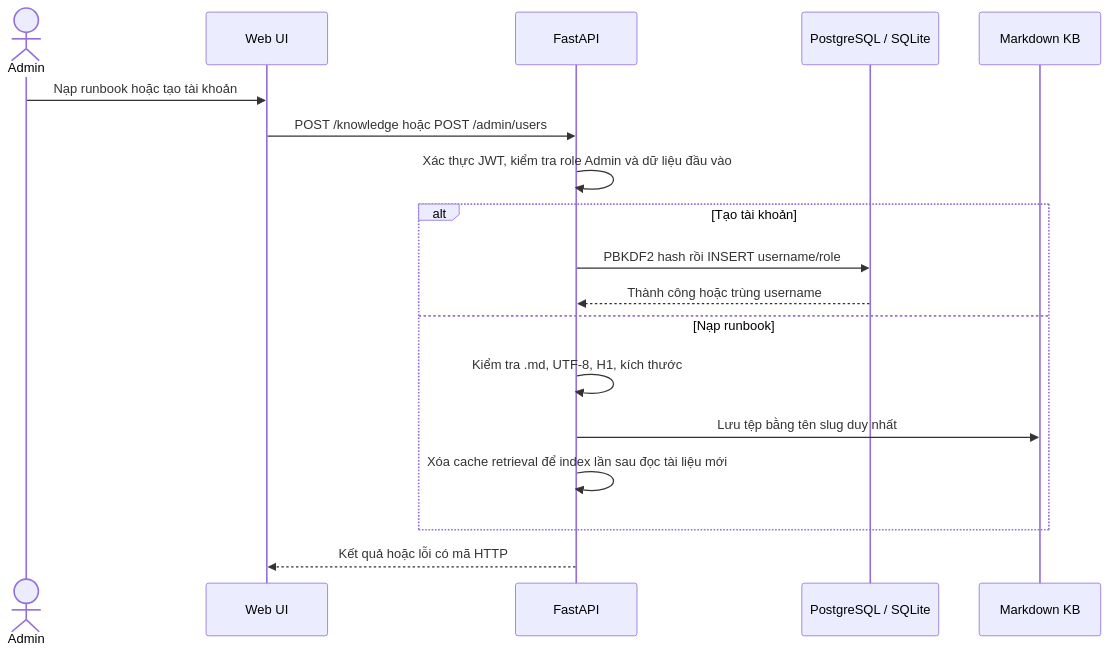
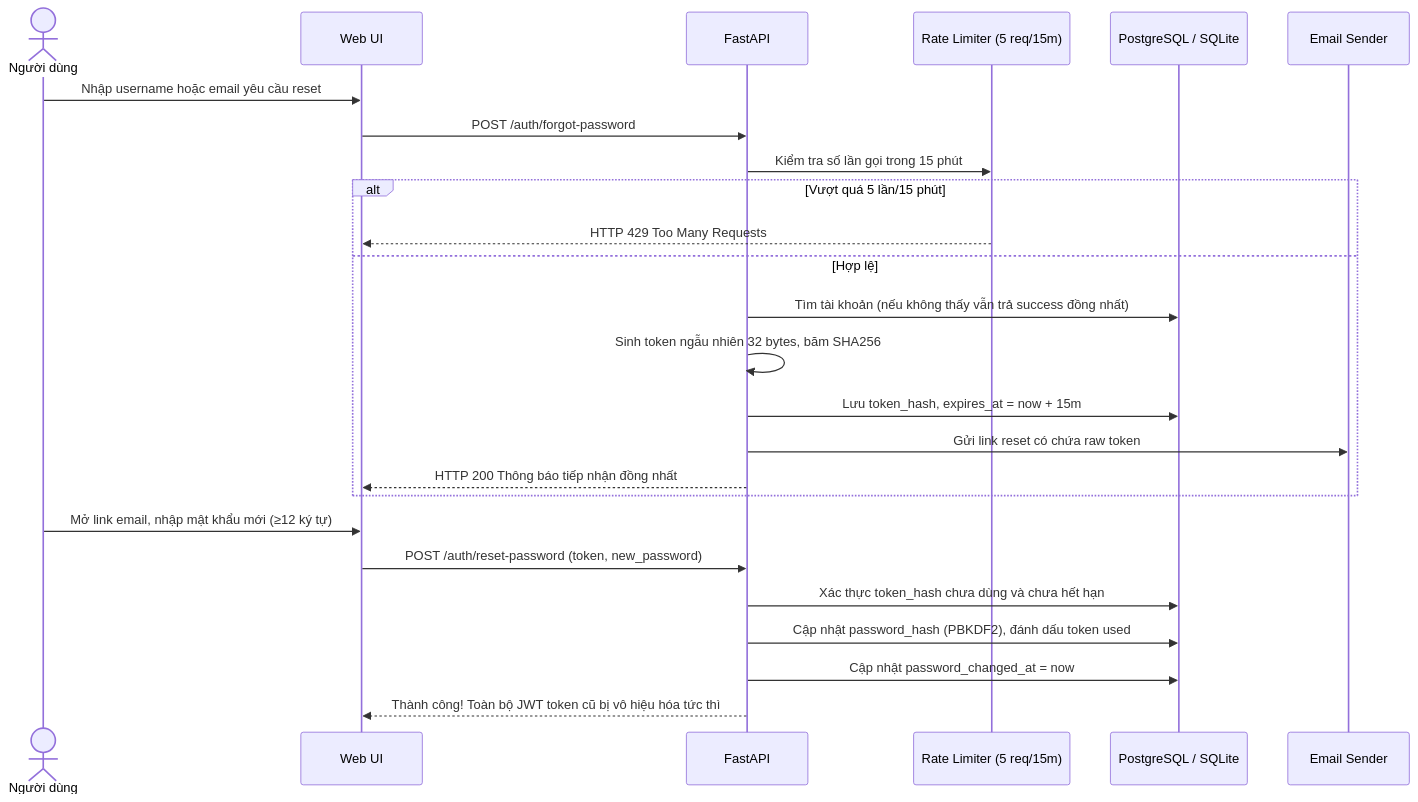
One commit to thinhsp-203/OpsMind-Helpdesk changed the seventh of 10 diagrams in docs/SDD.md. Above: the diagram before and after it, drawn with Mermaid. The commit also changed other lines of this file and 2 other files, not shown here.

Commit message:
docs: chuan hoa dac ta yeu cau srs sdd va ma tran truy vet tu nguoi dung den admin

````diff
--- a/docs/SDD.md
+++ b/docs/SDD.md
@@ -109,20 +145,29 @@
 ```mermaid
 sequenceDiagram
-  actor Admin
+  actor U as Người dùng
   participant UI as Web UI
   participant API as FastAPI
+  participant RL as Rate Limiter (5 req/15m)
   participant DB as PostgreSQL / SQLite
-  participant KB as Markdown KB
-  Admin->>UI: Nạp runbook hoặc tạo tài khoản
-  UI->>API: POST /knowledge hoặc POST /admin/users
-  API->>API: Xác thực JWT, kiểm tra role Admin và dữ liệu đầu vào
-  alt Tạo tài khoản
-    API->>DB: PBKDF2 hash rồi INSERT username/role
-    DB-->>API: Thành công hoặc trùng username
-  else Nạp runbook
-    API->>API: Kiểm tra .md, UTF-8, H1, kích thước
-    API->>KB: Lưu tệp bằng tên slug duy nhất
-    API->>API: Xóa cache retrieval để index lần sau đọc tài liệu mới
+  participant Mail as Email Sender
+
+  U->>UI: Nhập username hoặc email yêu cầu reset
+  UI->>API: POST /auth/forgot-password
+  API->>RL: Kiểm tra số lần gọi trong 15 phút
+  alt Vượt quá 5 lần/15 phút
+    RL-->>UI: HTTP 429 Too Many Requests
+  else Hợp lệ
+    API->>DB: Tìm tài khoản (nếu không thấy vẫn trả success đồng nhất)
+    API->>API: Sinh token ngẫu nhiên 32 bytes, băm SHA256
+    API->>DB: Lưu token_hash, expires_at = now + 15m
+    API->>Mail: Gửi link reset có chứa raw token
+    API-->>UI: HTTP 200 Thông báo tiếp nhận đồng nhất
   end
-  API-->>UI: Kết quả hoặc lỗi có mã HTTP
+
+  U->>UI: Mở link email, nhập mật khẩu mới (≥12 ký tự)
+  UI->>API: POST /auth/reset-password (token, new_password)
+  API->>DB: Xác thực token_hash chưa dùng và chưa hết hạn
+  API->>DB: Cập nhật password_hash (PBKDF2), đánh dấu token used
+  API->>DB: Cập nhật password_changed_at = now
+  API-->>UI: Thành công! Toàn bộ JWT token cũ bị vô hiệu hóa tức thì
 ```
````
